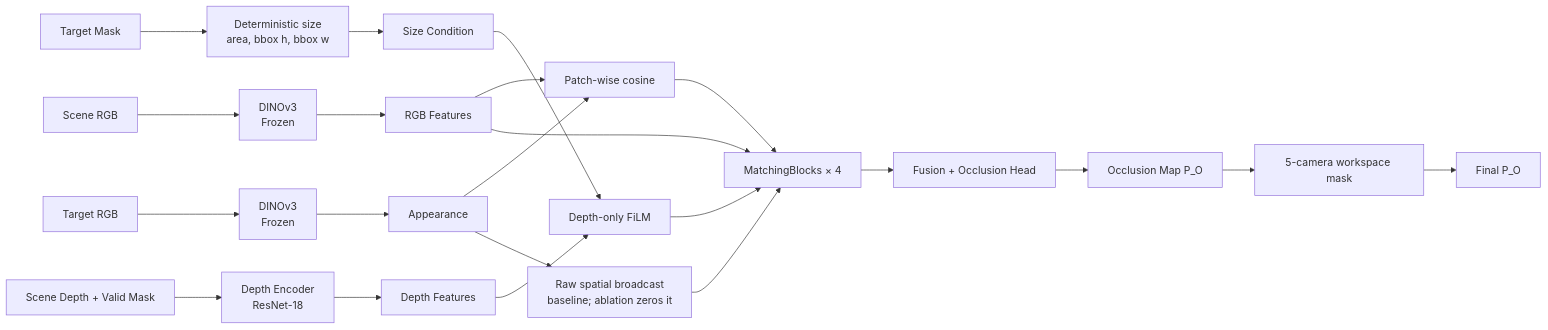
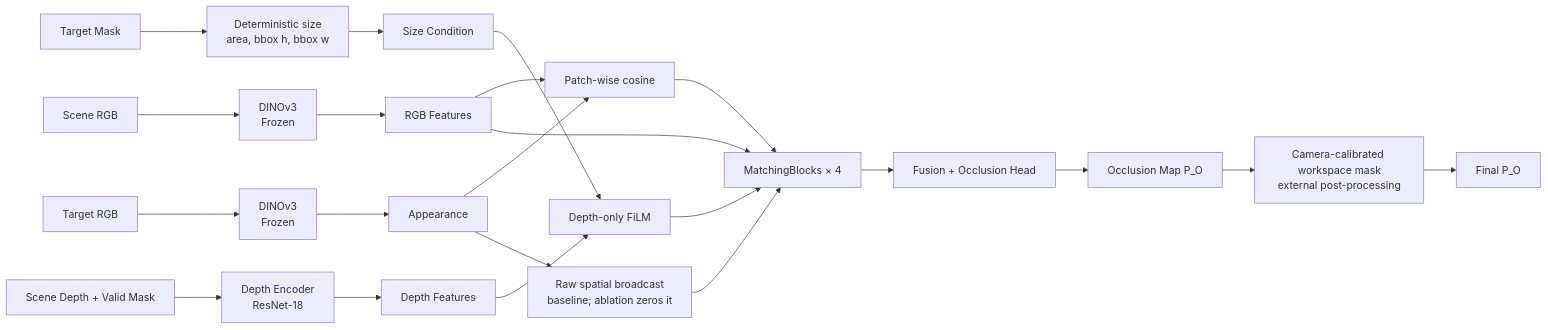
The sixth of 10 diagrams in README.md (JeonHaneul/2D-PDM_DINOv3), drawn with Mermaid before and after one commit. The commit also changed other lines of this file, not shown here.

````diff
--- a/README.md
+++ b/README.md
@@ -809,20 +981,20 @@
 ```mermaid
 flowchart LR
     SRGB["Scene RGB"] --> DINO_S["DINOv3<br/>Frozen"] --> FRGB["RGB Features"]
     SDEPTH["Scene Depth + Valid Mask"] --> DENC["Depth Encoder<br/>ResNet-18"] --> FDEPTH["Depth Features"]
 
     TRGB["Target RGB"] --> DINO_T["DINOv3<br/>Frozen"] --> TAPP["Appearance"]
     TMASK["Target Mask"] --> SIZE["Deterministic size<br/>area, bbox h, bbox w"] --> TGEO["Size Condition"]
 
     TGEO --> FILM["Depth-only FiLM"]
     FDEPTH --> FILM
     FRGB --> COS["Patch-wise cosine"]
     TAPP --> COS
     TAPP --> BCAST["Raw spatial broadcast<br/>baseline; ablation zeros it"]
     BCAST --> MATCH["MatchingBlocks × 4"]
     FRGB --> MATCH
     FILM --> MATCH
     COS --> MATCH
     MATCH --> HEAD["Fusion + Occlusion Head"] --> PO["Occlusion Map P_O"]
-    PO --> WMASK["5-camera workspace mask"] --> PFINAL["Final P_O"]
+    PO --> WMASK["Camera-calibrated workspace mask<br/>external post-processing"] --> PFINAL["Final P_O"]
 ```
````
